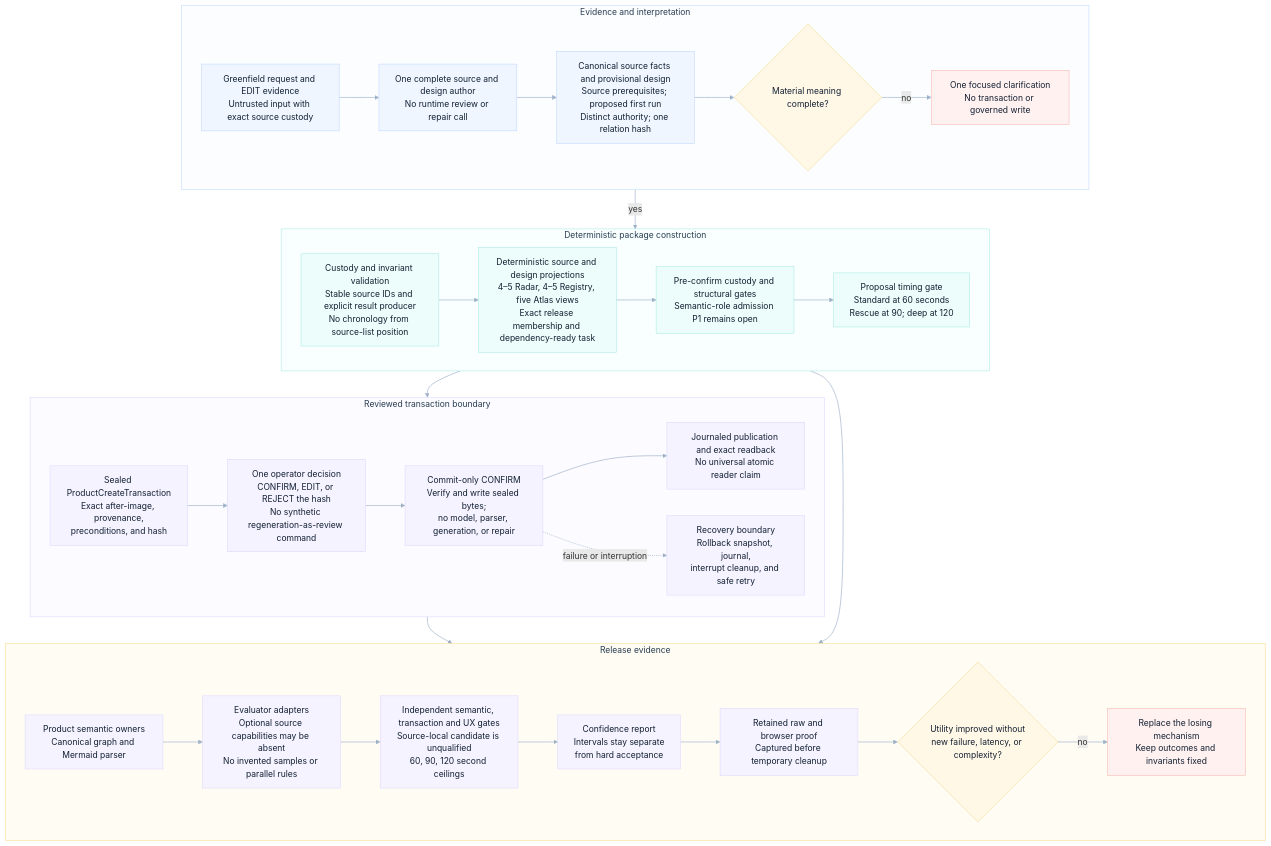
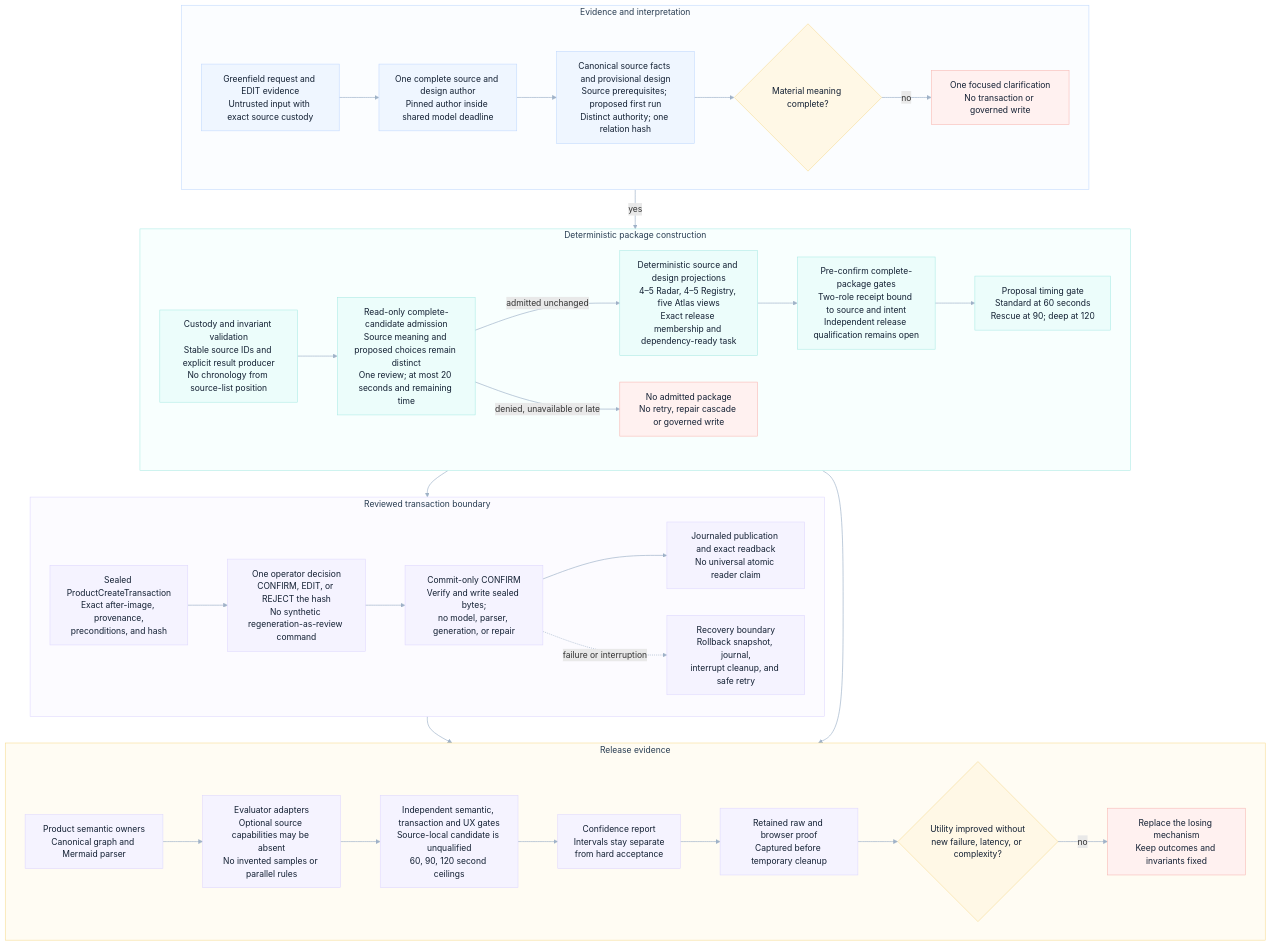
Before and after one commit to odylith/odylith: the diagram in odylith/atlas/source/domain-intelligence-greenfield-governance.mmd, drawn with Mermaid. The commit also changed 116 other files, not shown here.

First line of the commit message:
Bind Greenfield candidate review receipts and fix Radar reading

```diff
--- a/odylith/atlas/source/domain-intelligence-greenfield-governance.mmd
+++ b/odylith/atlas/source/domain-intelligence-greenfield-governance.mmd
@@ -1,66 +1,70 @@
 flowchart TB
     subgraph evidence_lane["Evidence and interpretation"]
       direction LR
       request["Greenfield request and EDIT evidence<br/>Untrusted input with exact source custody"]
-      model_pass["One complete source and design author<br/>No runtime review or repair call"]
+      model_pass["One complete source and design author<br/>Pinned author inside shared model deadline"]
       typed_graph["Canonical source facts and provisional design<br/>Source prerequisites; proposed first run<br/>Distinct authority; one relation hash"]
       ambiguity{"Material meaning complete?"}
       clarify["One focused clarification<br/>No transaction or governed write"]
       request --> model_pass --> typed_graph --> ambiguity
       ambiguity -- "no" --> clarify
     end
 
     subgraph projection_lane["Deterministic package construction"]
       direction LR
       custody["Custody and invariant validation<br/>Stable source IDs and explicit result producer<br/>No chronology from source-list position"]
+      review["Read-only complete-candidate admission<br/>Source meaning and proposed choices remain distinct<br/>One review; at most 20 seconds and remaining time"]
+      denied["No admitted package<br/>No retry, repair cascade or governed write"]
       projections["Deterministic source and design projections<br/>4–5 Radar, 4–5 Registry, five Atlas views<br/>Exact release membership and dependency-ready task"]
-      quality["Pre-confirm custody and structural gates<br/>Semantic-role admission P1 remains open"]
+      quality["Pre-confirm complete-package gates<br/>Two-role receipt bound to source and intent<br/>Independent release qualification remains open"]
       timing["Proposal timing gate<br/>Standard at 60 seconds<br/>Rescue at 90; deep at 120"]
-      custody --> projections --> quality --> timing
+      custody --> review
+      review -- "admitted unchanged" --> projections --> quality --> timing
+      review -- "denied, unavailable or late" --> denied
     end
 
     subgraph transaction_lane["Reviewed transaction boundary"]
       direction LR
       sealed["Sealed ProductCreateTransaction<br/>Exact after-image, provenance,<br/>preconditions, and hash"]
       decision["One operator decision<br/>CONFIRM, EDIT, or REJECT the hash<br/>No synthetic regeneration-as-review command"]
       confirm["Commit-only CONFIRM<br/>Verify and write sealed bytes;<br/>no model, parser, generation, or repair"]
       publish["Journaled publication and exact readback<br/>No universal atomic reader claim"]
       recovery["Recovery boundary<br/>Rollback snapshot, journal,<br/>interrupt cleanup, and safe retry"]
       sealed --> decision --> confirm --> publish
       confirm -. "failure or interruption" .-> recovery
     end
 
     subgraph proof_lane["Release evidence"]
       direction LR
       owners["Product semantic owners<br/>Canonical graph and Mermaid parser"]
       evaluator["Evaluator adapters<br/>Optional source capabilities may be absent<br/>No invented samples or parallel rules"]
       acceptance["Independent semantic, transaction and UX gates<br/>Source-local candidate is unqualified<br/>60, 90, 120 second ceilings"]
       confidence["Confidence report<br/>Intervals stay separate<br/>from hard acceptance"]
       retained["Retained raw and browser proof<br/>Captured before temporary cleanup"]
       drift{"Utility improved without<br/>new failure, latency, or complexity?"}
       replace["Replace the losing mechanism<br/>Keep outcomes and invariants fixed"]
       owners --> evaluator --> acceptance --> confidence --> retained --> drift
       drift -- "no" --> replace
     end
 
     ambiguity -- "yes" --> custody
     timing --> sealed
     quality --> evaluator
     publish --> retained
 
     classDef primary fill:#EFF6FF,stroke:#BFD7FE,color:#132033,stroke-width:1px;
     classDef execution fill:#ECFDFB,stroke:#A7E9E3,color:#132033,stroke-width:1px;
     classDef governance fill:#F5F3FF,stroke:#DDD6FE,color:#132033,stroke-width:1px;
     classDef constraint fill:#FFF8E6,stroke:#F6D98B,color:#132033,stroke-width:1px;
     classDef invalid fill:#FFF1F0,stroke:#F7B4AE,color:#132033,stroke-width:1px;
     class request,model_pass,typed_graph primary;
-    class custody,projections,quality,timing execution;
+    class custody,review,projections,quality,timing execution;
     class sealed,decision,confirm,publish,recovery,owners,evaluator,acceptance,confidence,retained governance;
     class ambiguity,drift constraint;
-    class clarify,replace invalid;
+    class clarify,denied,replace invalid;
 
     style evidence_lane fill:#FBFDFF,stroke:#BFD7FE,stroke-width:1px,color:#293D52
     style projection_lane fill:#F8FFFE,stroke:#A7E9E3,stroke-width:1px,color:#293D52
     style transaction_lane fill:#FCFBFF,stroke:#DDD6FE,stroke-width:1px,color:#293D52
     style proof_lane fill:#FFFCF3,stroke:#F6D98B,stroke-width:1px,color:#293D52
     linkStyle default stroke:#9FB2C8,stroke-width:1.25px
```
